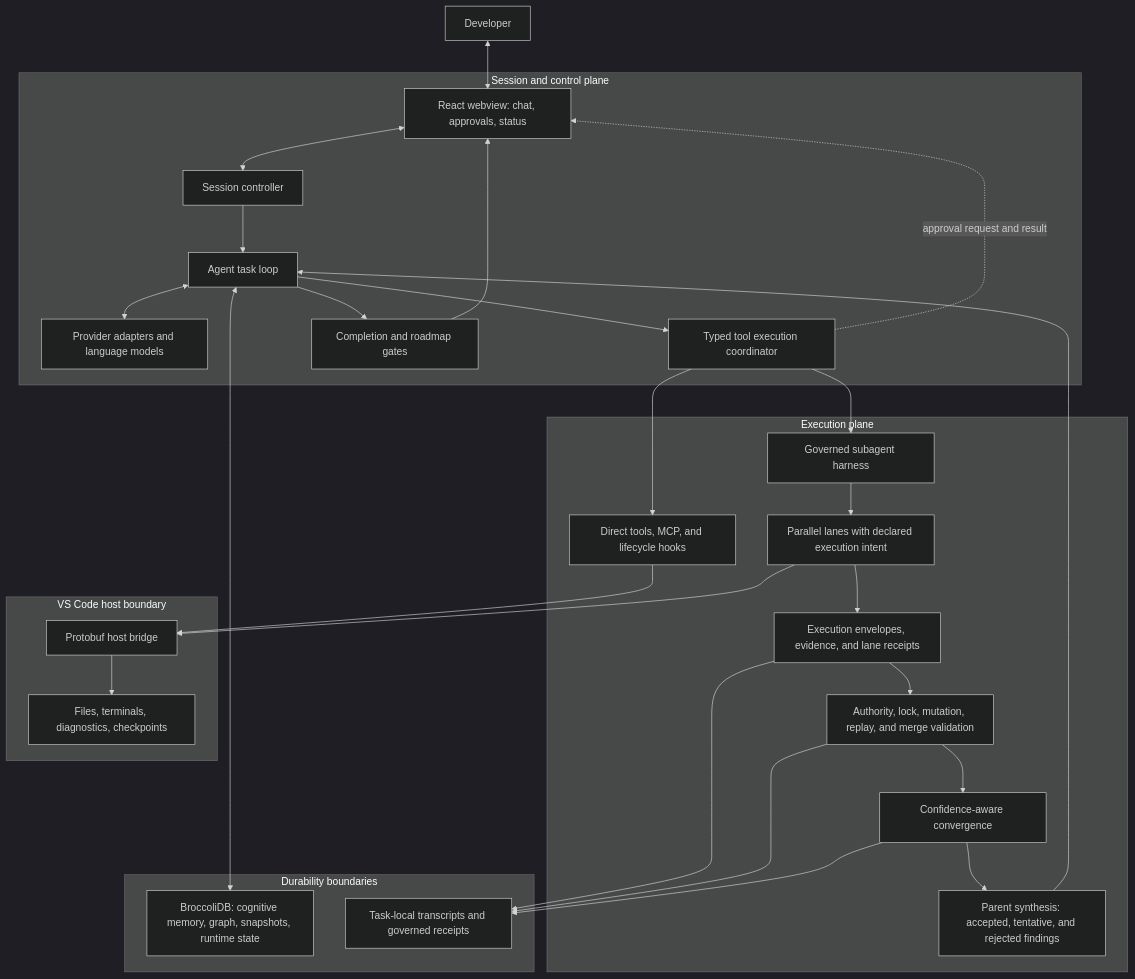
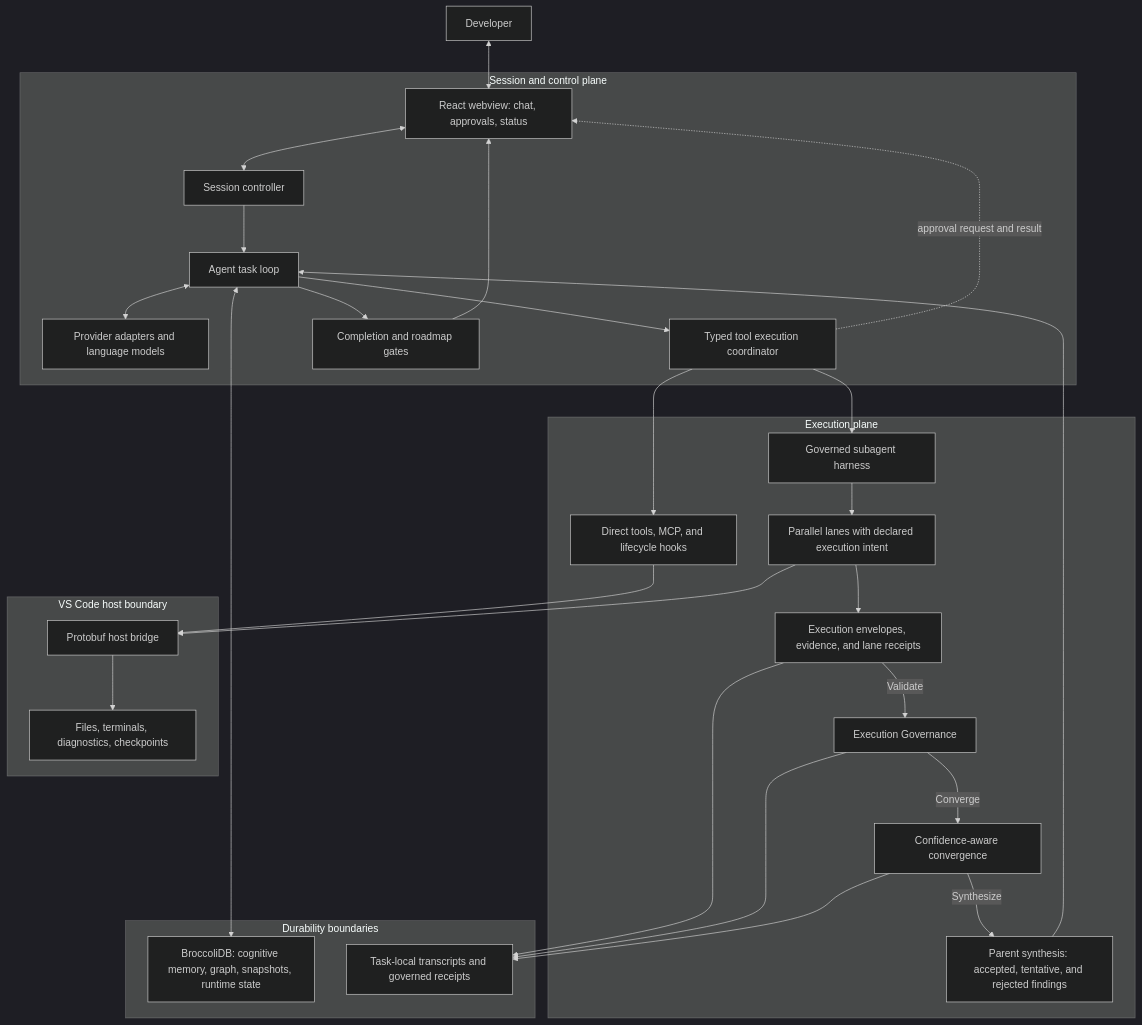
One commit to CardSorting/LUMI changed the third of 3 diagrams in README.md. Above: the diagram before and after it, drawn with Mermaid (dark theme). The commit also changed other lines of this file and 5 other files, not shown here.

````diff
--- a/README.md
+++ b/README.md
@@ -423,39 +423,39 @@
 ```mermaid
 flowchart TB
   USER[Developer] <--> UI[React webview: chat, approvals, status]
 
   subgraph session ["Session and control plane"]
     UI <--> CTRL[Session controller]
     CTRL --> TASK[Agent task loop]
     TASK <--> MODEL[Provider adapters and language models]
     TASK --> TOOLS[Typed tool execution coordinator]
     TOOLS -. approval request and result .-> UI
     TASK --> COMPLETE[Completion and roadmap gates]
   end
 
   subgraph execution ["Execution plane"]
     TOOLS --> DIRECT[Direct tools, MCP, and lifecycle hooks]
     TOOLS --> SWARM[Governed subagent harness]
     SWARM --> LANES[Parallel lanes with declared execution intent]
     LANES --> EVIDENCE[Execution envelopes, evidence, and lane receipts]
-    EVIDENCE --> SAFETY[Authority, lock, mutation, replay, and merge validation]
-    SAFETY --> CONVERGE[Confidence-aware convergence]
-    CONVERGE --> PARENT[Parent synthesis: accepted, tentative, and rejected findings]
+    EVIDENCE -->|Validate| GOVERNANCE[Execution Governance]
+    GOVERNANCE -->|Converge| CONVERGE[Confidence-aware convergence]
+    CONVERGE -->|Synthesize| PARENT[Parent synthesis: accepted, tentative, and rejected findings]
     PARENT --> TASK
   end
 
   subgraph host ["VS Code host boundary"]
     DIRECT --> BRIDGE[Protobuf host bridge]
     LANES --> BRIDGE
     BRIDGE --> VSCODE[Files, terminals, diagnostics, checkpoints]
   end
 
   subgraph durability ["Durability boundaries"]
     TASK <--> BDB[BroccoliDB: cognitive memory, graph, snapshots, runtime state]
     EVIDENCE --> RECEIPTS[Task-local transcripts and governed receipts]
-    SAFETY --> RECEIPTS
+    GOVERNANCE --> RECEIPTS
     CONVERGE --> RECEIPTS
   end
 
   COMPLETE --> UI
 ```
````
